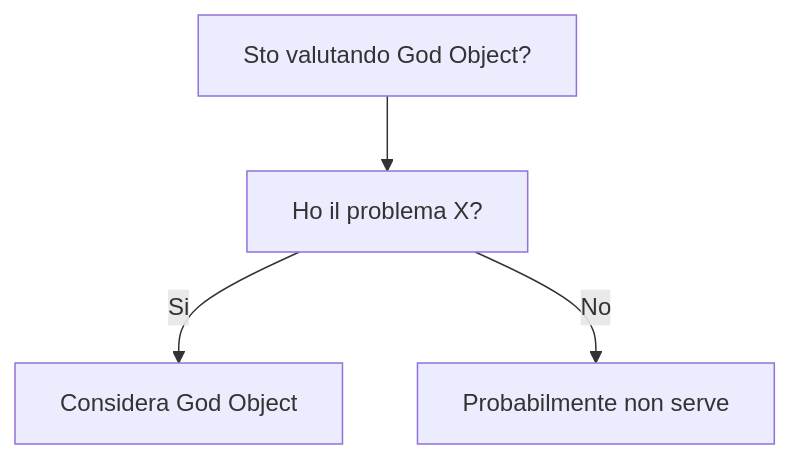
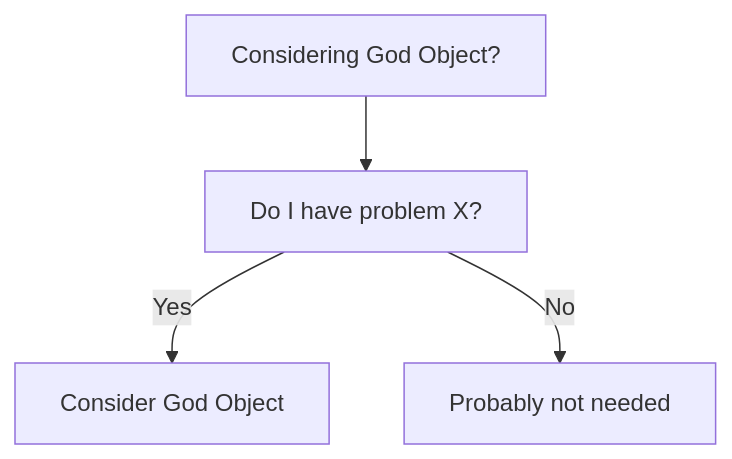
The diagram in dev-wiki/16_AntiPatterns/God_Object/When_To_Use.md (HxT9/Software-Dev-Wiki), drawn with Mermaid before and after one commit. The commit also changed other lines of this file and 3444 other files, not shown here.

````diff
--- a/dev-wiki/16_AntiPatterns/God_Object/When_To_Use.md
+++ b/dev-wiki/16_AntiPatterns/God_Object/When_To_Use.md
@@ -19,6 +19,6 @@
 ```mermaid
 flowchart TD
-  Q[Sto valutando God Object?] --> Q1[Ho il problema X?]
-  Q1 -->|Si| OK[Considera God Object]
-  Q1 -->|No| NO[Probabilmente non serve]
+  Q[Considering God Object?] --> Q1[Do I have problem X?]
+  Q1 -->|Yes| OK[Consider God Object]
+  Q1 -->|No| NO[Probably not needed]
 ```
````
